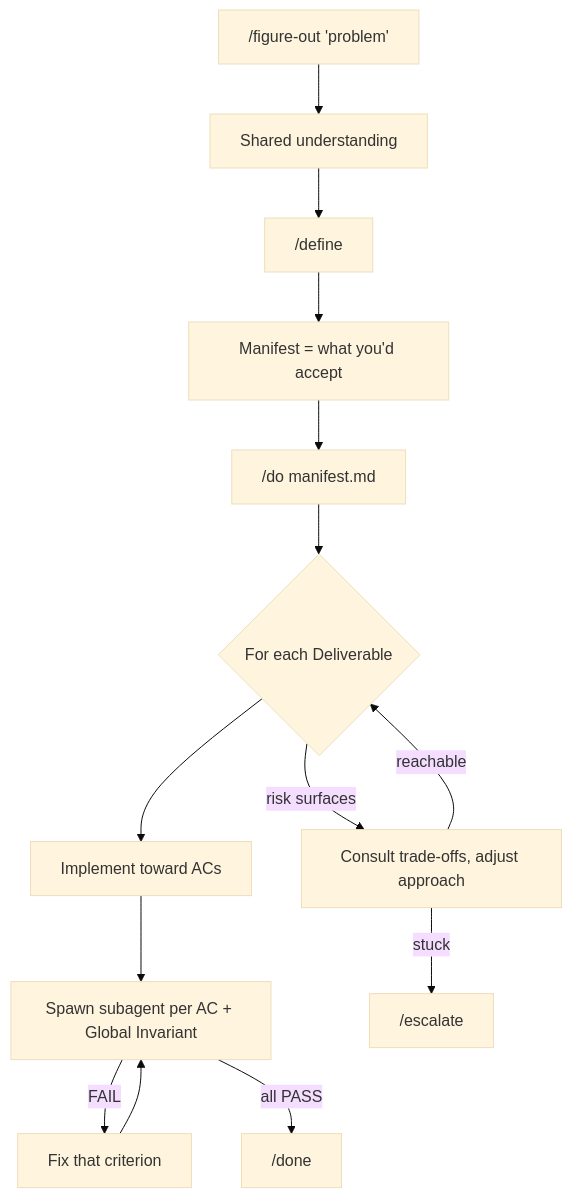
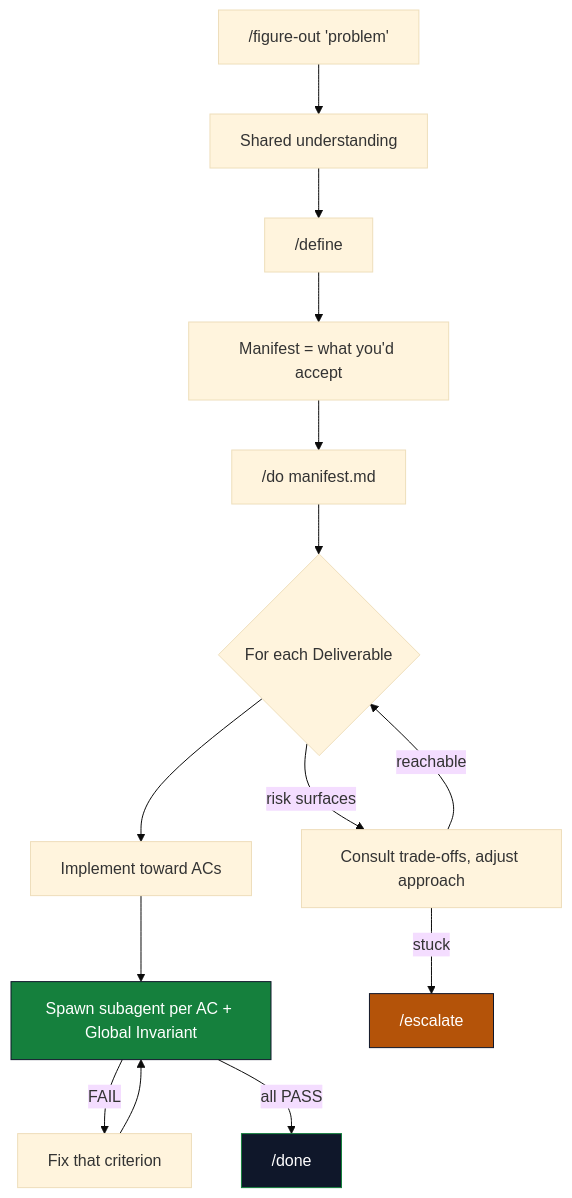
Before and after one commit to doodledood/manifest-dev: the diagram in README.md, drawn with Mermaid (base theme). The commit also changed other lines of this file and 4 other files, not shown here.

````diff
--- a/README.md
+++ b/README.md
@@ -114,16 +151,22 @@
 ```mermaid
 flowchart TD
     A["/figure-out 'problem'"] --> B["Shared understanding"]
     B --> C["/define"]
     C --> D["Manifest = what you'd accept"]
     D --> E["/do manifest.md"]
     E --> F{"For each Deliverable"}
     F --> G["Implement toward ACs"]
     G --> H["Spawn subagent per AC + Global Invariant"]
     H -->|FAIL| I["Fix that criterion"]
     I --> H
     H -->|all PASS| J["/done"]
     F -->|risk surfaces| K["Consult trade-offs, adjust approach"]
     K -->|reachable| F
     K -->|stuck| L["/escalate"]
+    classDef gate fill:#15803D,stroke:#0F172A,color:#FFFFFF;
+    classDef done fill:#0F172A,stroke:#15803D,color:#FFFFFF;
+    classDef stop fill:#B45309,stroke:#0F172A,color:#FFFFFF;
+    class H gate;
+    class J done;
+    class L stop;
 ```
````
